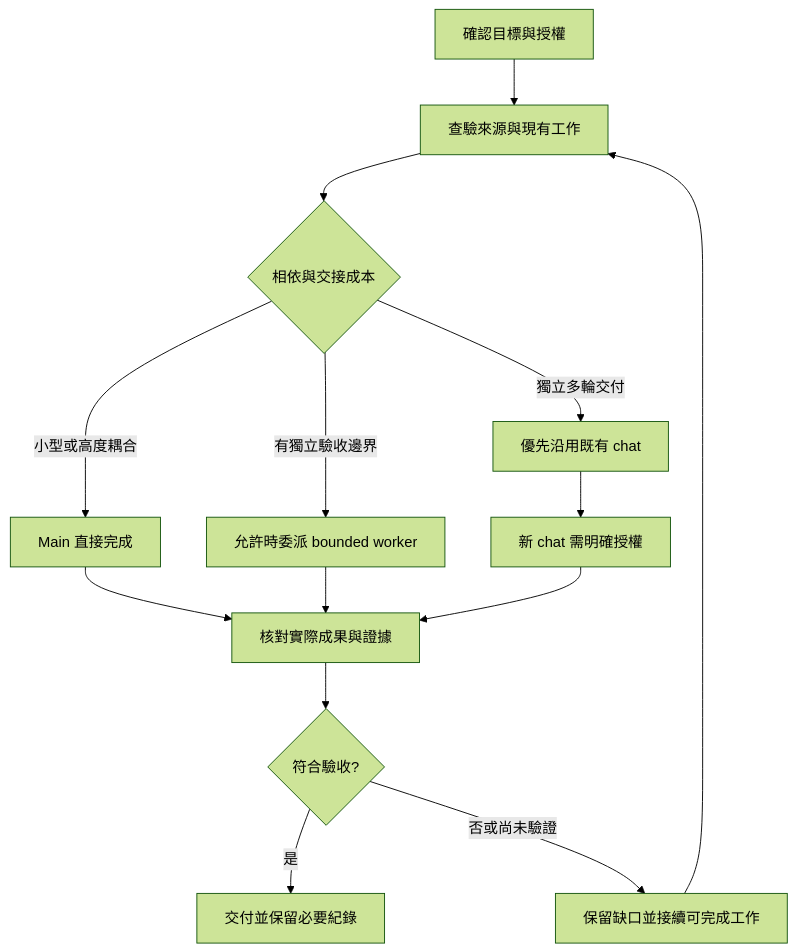
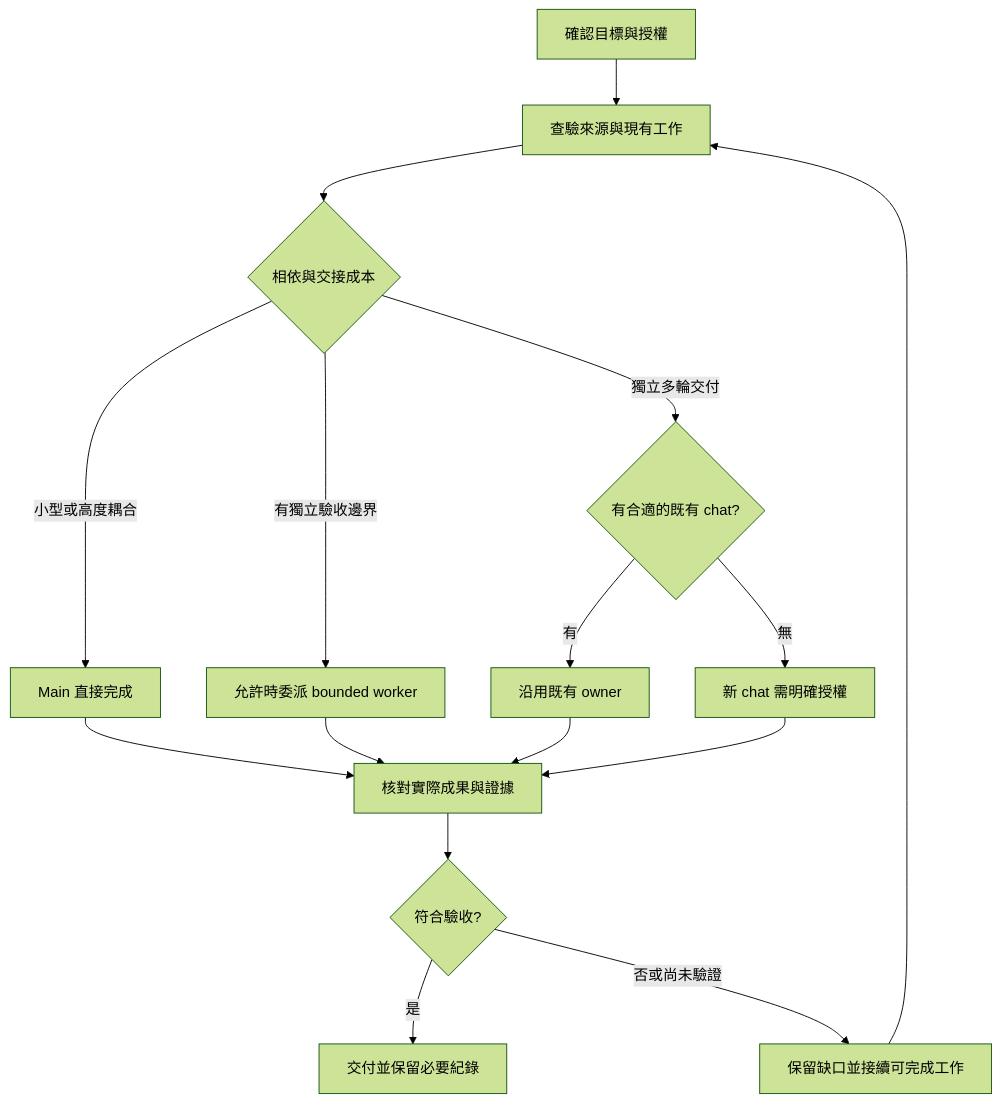
Before and after one commit to gaze9999/codex-playbook: the diagram in workflow.md, drawn with Mermaid (forest theme). The commit also changed 1 other file, not shown here.

Commit message:
[playbook] docs: 補齊 Skill 與 Python 工具拆分評估

````diff
--- a/workflow.md
+++ b/workflow.md
@@ -5,16 +5,18 @@
 ```mermaid
 flowchart TD
     A[確認目標與授權] --> B[查驗來源與現有工作]
     B --> C{相依與交接成本}
     C -->|小型或高度耦合| D[Main 直接完成]
     C -->|有獨立驗收邊界| E[允許時委派 bounded worker]
-    C -->|獨立多輪交付| F[優先沿用既有 chat]
-    F --> G[新 chat 需明確授權]
+    C -->|獨立多輪交付| F{有合適的既有 chat?}
+    F -->|有| L[沿用既有 owner]
+    F -->|無| G[新 chat 需明確授權]
     D --> H[核對實際成果與證據]
     E --> H
+    L --> H
     G --> H
     H --> I{符合驗收?}
     I -->|是| J[交付並保留必要紀錄]
     I -->|否或尚未驗證| K[保留缺口並接續可完成工作]
     K --> B
 ```
````
